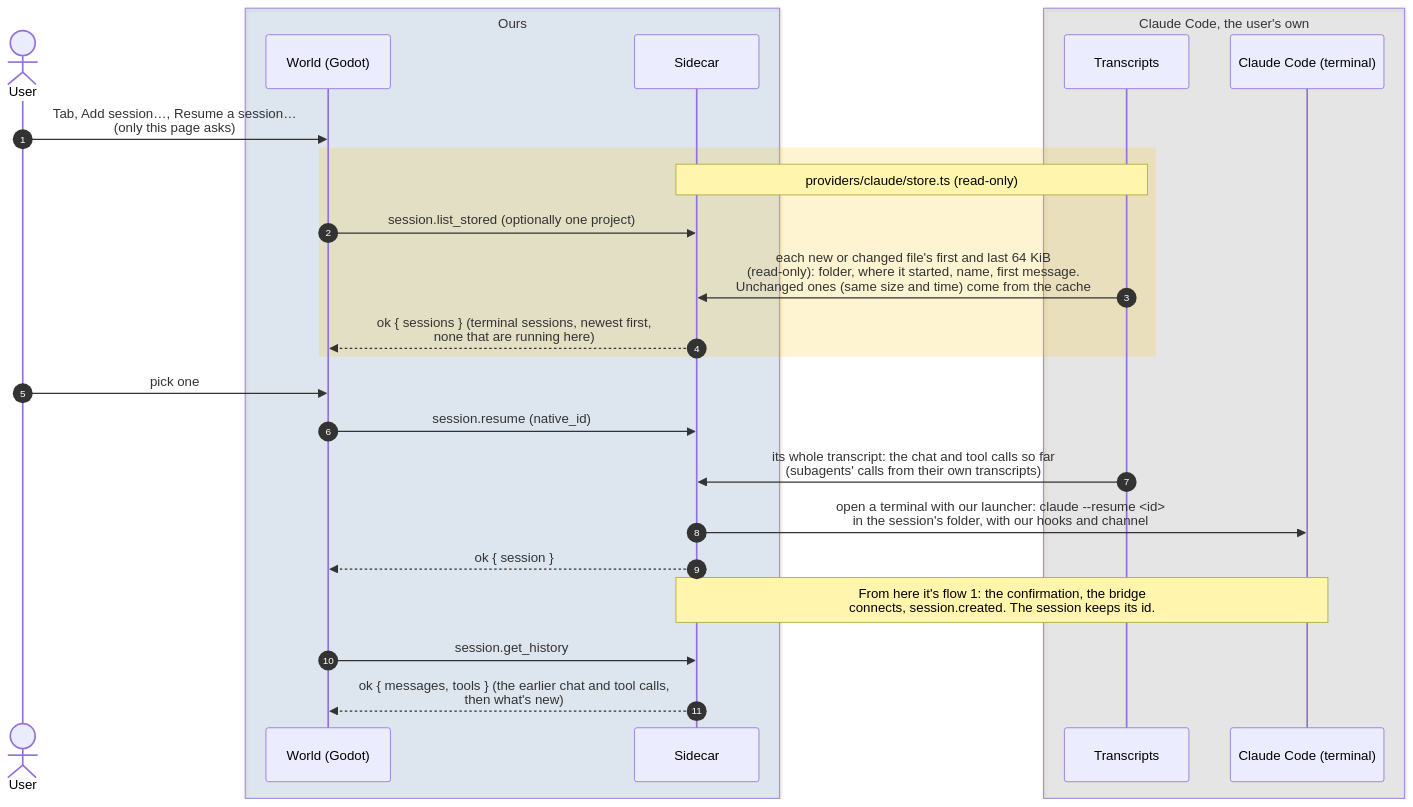
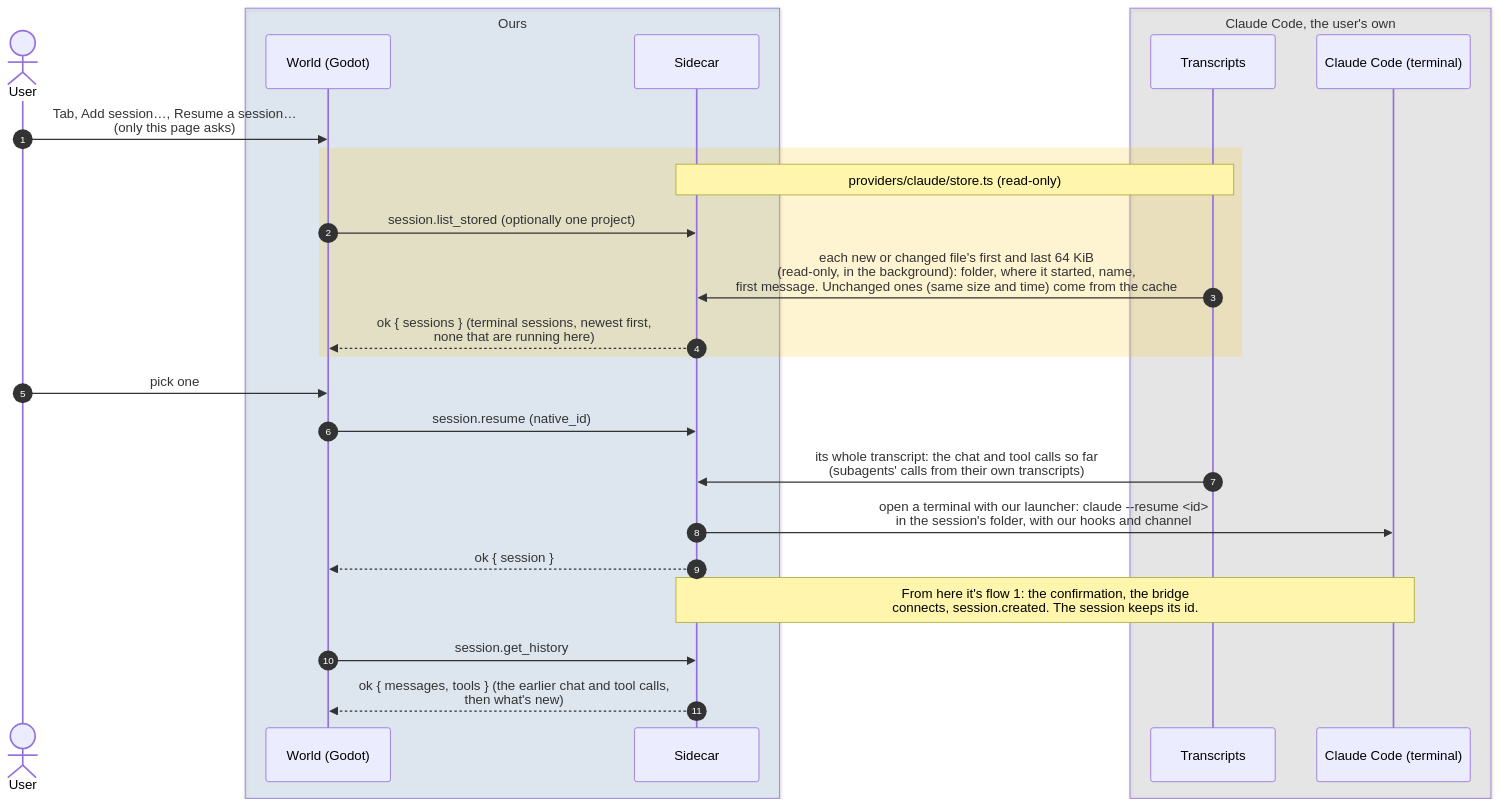
One commit to PaoloPortugal/The-Beach changed the diagram in docs/diagrams/sequence/08-resume-stored-session.md. Above: the diagram before and after it, drawn with Mermaid. The commit also changed 4 other files, not shown here.

Commit message:
Docs: S04, C08 without blocking (NOTES, flow 8, dev log, live check, Current focus)

````diff
--- a/docs/diagrams/sequence/08-resume-stored-session.md
+++ b/docs/diagrams/sequence/08-resume-stored-session.md
@@ -7,31 +7,31 @@
 ```mermaid
 sequenceDiagram
     autonumber
     actor User
 
     box rgba(47,111,191,0.12) Ours
         participant World as World (Godot)
         participant Sidecar
     end
 
     box rgba(128,128,128,0.14) Claude Code, the user's own
         participant Store as Transcripts
         participant Claude as Claude Code (terminal)
     end
 
     User->>World: Tab, Add session…, Resume a session…<br/>(only this page asks)
     rect rgba(255,193,7,0.18)
         Note over Sidecar,Store: providers/claude/store.ts (read-only)
         World->>Sidecar: session.list_stored (optionally one project)
-        Store->>Sidecar: each new or changed file's first and last 64 KiB<br/>(read-only): folder, where it started, name, first message.<br/>Unchanged ones (same size and time) come from the cache
+        Store->>Sidecar: each new or changed file's first and last 64 KiB<br/>(read-only, in the background): folder, where it started, name,<br/>first message. Unchanged ones (same size and time) come from the cache
         Sidecar-->>World: ok { sessions } (terminal sessions, newest first,<br/>none that are running here)
     end
     User->>World: pick one
     World->>Sidecar: session.resume (native_id)
     Store->>Sidecar: its whole transcript: the chat and tool calls so far<br/>(subagents' calls from their own transcripts)
     Sidecar->>Claude: open a terminal with our launcher: claude --resume <id><br/>in the session's folder, with our hooks and channel
     Sidecar-->>World: ok { session }
     Note over Claude,Sidecar: From here it's flow 1: the confirmation, the bridge<br/>connects, session.created. The session keeps its id.
     World->>Sidecar: session.get_history
     Sidecar-->>World: ok { messages, tools } (the earlier chat and tool calls,<br/>then what's new)
 ```
````
